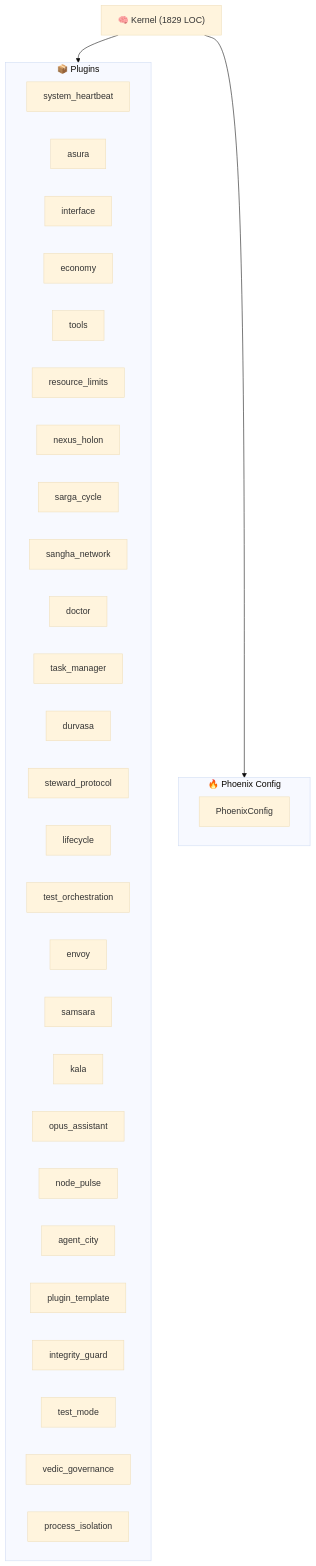
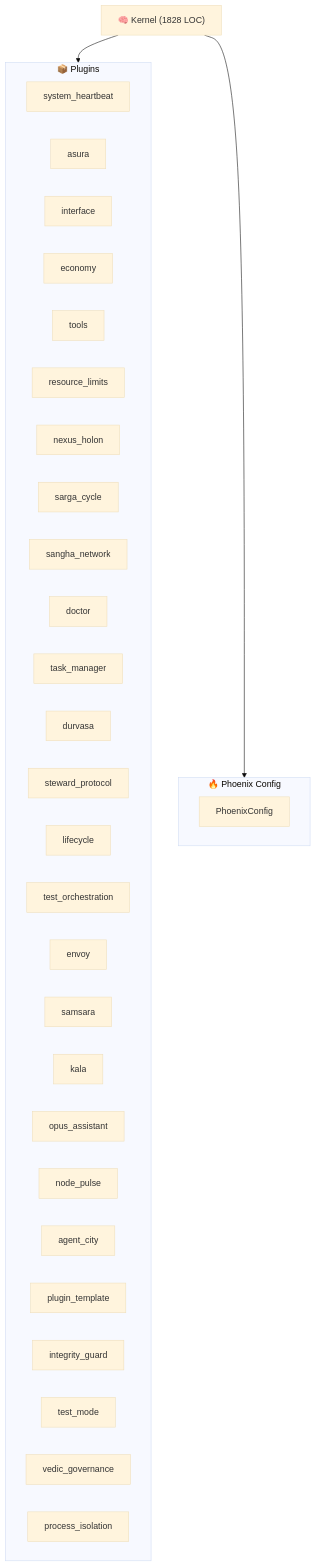
Before and after one commit to kimeisele/steward-protocol: the diagram in ARCHITECTURE.md, drawn with Mermaid (base theme). The commit also changed other lines of this file and 14 other files, not shown here.

````diff
--- a/ARCHITECTURE.md
+++ b/ARCHITECTURE.md
@@ -8,37 +8,37 @@
 ```mermaid
 graph TB
-    K["🧠 Kernel (1829 LOC)"]
+    K["🧠 Kernel (1828 LOC)"]
     subgraph Plugins["📦 Plugins"]
         P_system_heartbeat["system_heartbeat"]
         P_asura["asura"]
         P_interface["interface"]
         P_economy["economy"]
         P_tools["tools"]
         P_resource_limits["resource_limits"]
         P_nexus_holon["nexus_holon"]
         P_sarga_cycle["sarga_cycle"]
         P_sangha_network["sangha_network"]
         P_doctor["doctor"]
         P_task_manager["task_manager"]
         P_durvasa["durvasa"]
         P_steward_protocol["steward_protocol"]
         P_lifecycle["lifecycle"]
         P_test_orchestration["test_orchestration"]
         P_envoy["envoy"]
         P_samsara["samsara"]
         P_kala["kala"]
         P_opus_assistant["opus_assistant"]
         P_node_pulse["node_pulse"]
         P_agent_city["agent_city"]
         P_plugin_template["plugin_template"]
         P_integrity_guard["integrity_guard"]
         P_test_mode["test_mode"]
         P_vedic_governance["vedic_governance"]
         P_process_isolation["process_isolation"]
     end
     K --> Plugins
     subgraph Config["🔥 Phoenix Config"]
         PC[PhoenixConfig]
     end
     K --> Config
 ```
````
